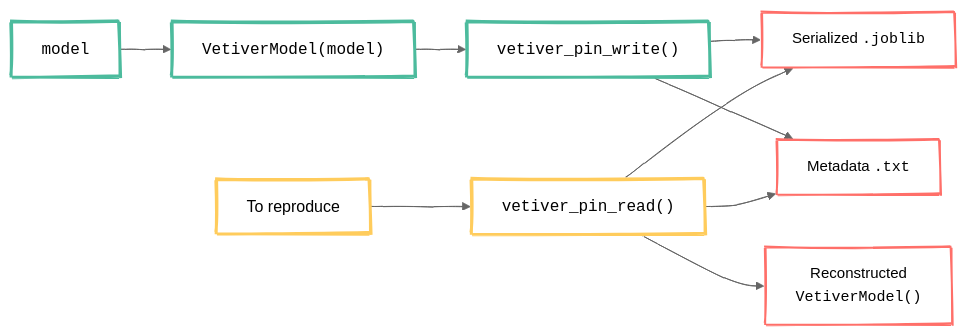
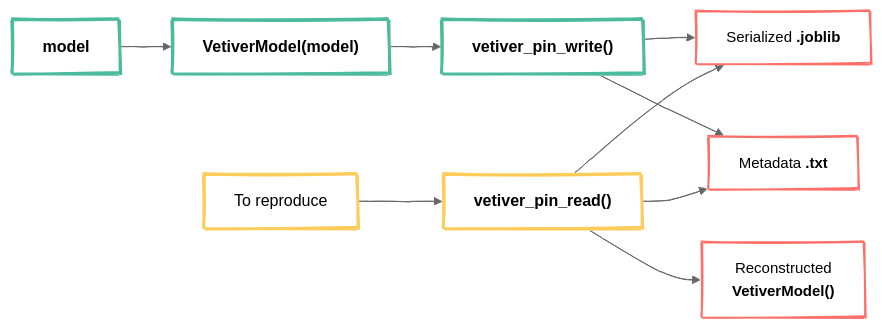
The fourth of 5 diagrams in lab2.qmd (mjfrigaard/do4ds-labs), drawn with Mermaid before and after one commit. The commit also changed other lines of this file and 34 other files, not shown here.

Commit message:
updates to mermaid

````diff
--- a/lab2.qmd
+++ b/lab2.qmd
@@ -385,26 +386,26 @@
 ```{mermaid}
 %%| fig-cap: 'vetiver_pin_write()'
 %%| fig-align: center
 %%{init: {'theme': 'neutral', 'look': 'handDrawn', 'themeVariables': { 'fontFamily': 'monospace', "fontSize":"16px"}}}%%
 flowchart LR
-    Mod["<code>model</code>"] --> VetMod["<code>VetiverModel(model)</code>"]
-    VetMod --> VPW["<code>vetiver_pin_write()</code>"]
-    VPW --> Joblib["Serialized <code>.joblib</code>"]
-    VPW --> Meta["Metadata <code>.txt</code>"]
+    Mod["<strong>model</strong>"] --> VetMod["<strong>VetiverModel(model)</strong>"]
+    VetMod --> VPW["<strong>vetiver_pin_write()</strong>"]
+    VPW --> Joblib["Serialized <strong>.joblib</strong>"]
+    VPW --> Meta["Metadata <strong>.txt</strong>"]
     
-    Rep["To reproduce"] --> VPR["<code>vetiver_pin_read()</code>"]
+    Rep["To reproduce"] --> VPR["<strong>vetiver_pin_read()</strong>"]
     VPR --> Joblib
     VPR --> Meta
-    VPR --> Recon["Reconstructed<br><code>VetiverModel()</code>"]
+    VPR --> Recon["Reconstructed<br><strong>VetiverModel()</strong>"]
     
     style Mod fill:#FFF,stroke:#4CBB9D,color:#000,stroke-width:3px,rx:10,ry:10,font-size:16px
     style VetMod fill:#FFF,stroke:#4CBB9D,color:#000,stroke-width:3px,rx:10,ry:10,font-size:16px
     style VPW fill:#FFF,stroke:#4CBB9D,color:#000,stroke-width:3px,rx:10,ry:10,font-size:16px
     
     style Joblib fill:#FFF,stroke:#ff6f69,color:#000,stroke-width:2px,rx:5,ry:5,font-size:15px
     style Meta fill:#FFF,stroke:#ff6f69,color:#000,stroke-width:2px,rx:5,ry:5,font-size:15px
     style Recon fill:#FFF,stroke:#ff6f69,color:#000,stroke-width:2px,rx:5,ry:5,font-size:15px
     
     style Rep fill:#FFF,stroke:#ffcc5c,color:#000,stroke-width:3px,rx:10,ry:10,font-size:16px
     style VPR fill:#FFF,stroke:#ffcc5c,color:#000,stroke-width:3px,rx:10,ry:10,font-size:16px
 ```
````
